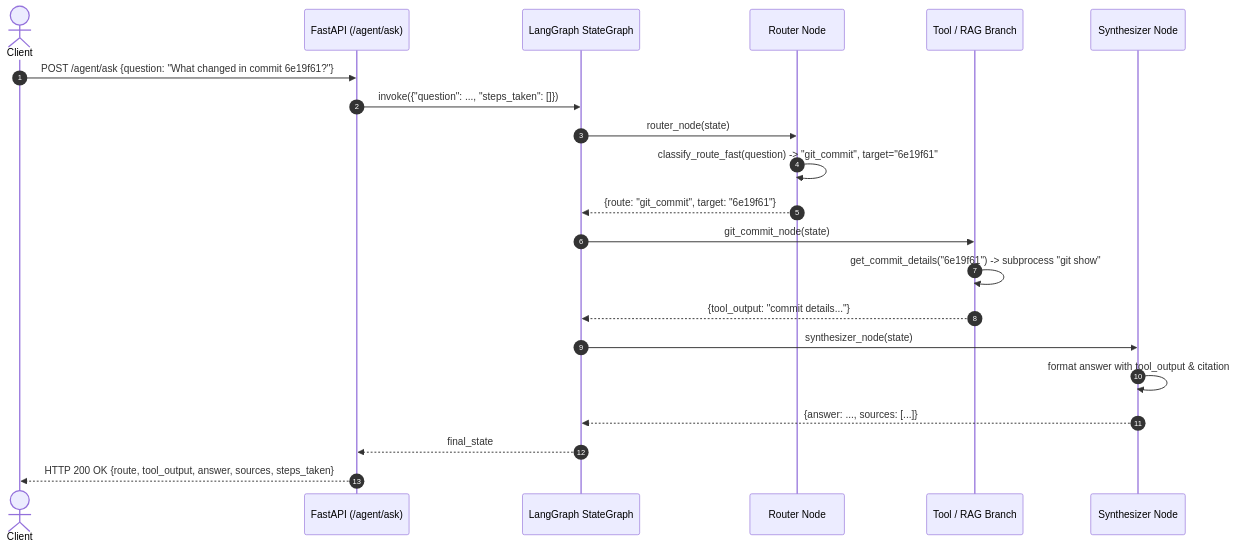
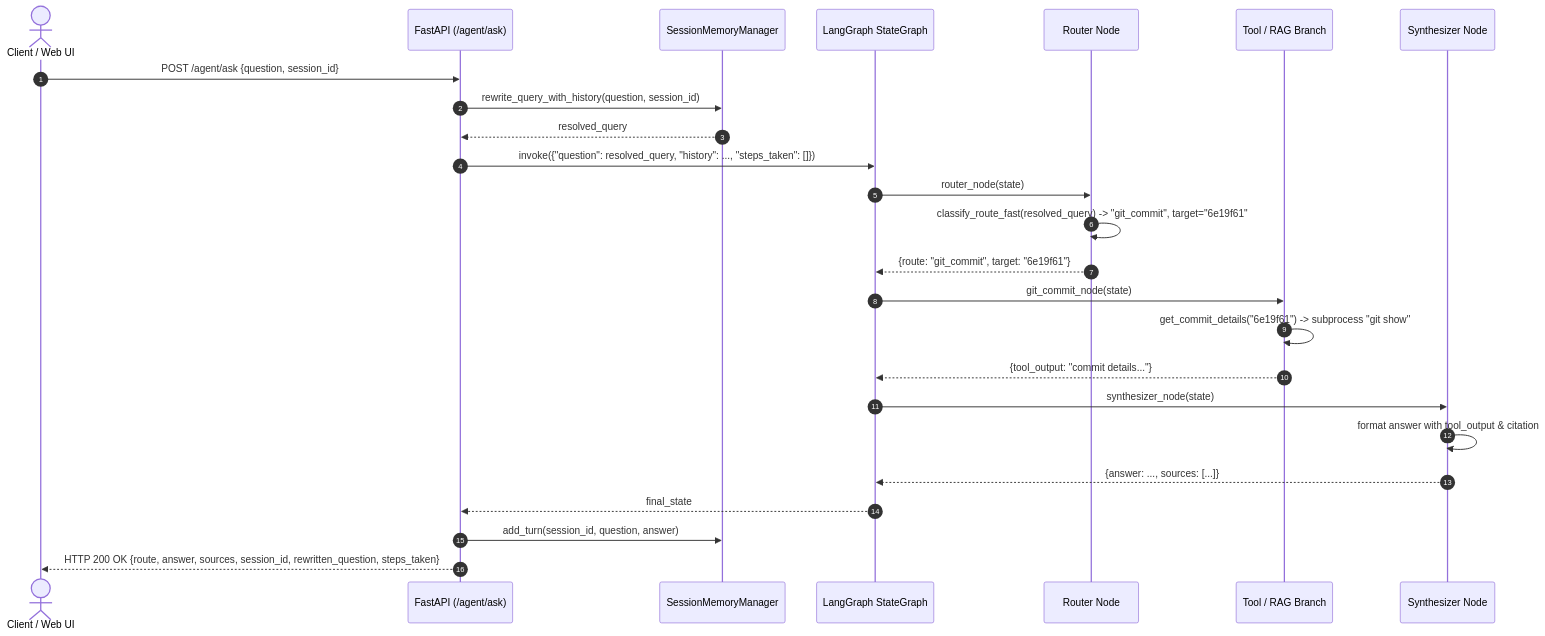
Before and after one commit to krotrn/campus-connect-ai: the sixth of 6 diagrams in docs/developer-guide/02-architecture-design-and-patterns.md, drawn with Mermaid. The commit also changed other lines of this file and 5 other files, not shown here.

````diff
--- a/docs/developer-guide/02-architecture-design-and-patterns.md
+++ b/docs/developer-guide/02-architecture-design-and-patterns.md
@@ -361,26 +464,30 @@
 ```mermaid
 sequenceDiagram
     autonumber
-    actor Client as Client
+    actor Client as Client / Web UI
     participant API as FastAPI (/agent/ask)
+    participant Mem as SessionMemoryManager
     participant Graph as LangGraph StateGraph
     participant Router as Router Node
     participant Tool as Tool / RAG Branch
     participant Synth as Synthesizer Node
 
-    Client->>API: POST /agent/ask {question: "What changed in commit 6e19f61?"}
-    API->>Graph: invoke({"question": ..., "steps_taken": []})
+    Client->>API: POST /agent/ask {question, session_id}
+    API->>Mem: rewrite_query_with_history(question, session_id)
+    Mem-->>API: resolved_query
+    API->>Graph: invoke({"question": resolved_query, "history": ..., "steps_taken": []})
     Graph->>Router: router_node(state)
-    Router->>Router: classify_route_fast(question) -> "git_commit", target="6e19f61"
+    Router->>Router: classify_route_fast(resolved_query) -> "git_commit", target="6e19f61"
     Router-->>Graph: {route: "git_commit", target: "6e19f61"}
     
     Graph->>Tool: git_commit_node(state)
     Tool->>Tool: get_commit_details("6e19f61") -> subprocess "git show"
     Tool-->>Graph: {tool_output: "commit details..."}
 
     Graph->>Synth: synthesizer_node(state)
     Synth->>Synth: format answer with tool_output & citation
     Synth-->>Graph: {answer: ..., sources: [...]}
     Graph-->>API: final_state
-    API-->>Client: HTTP 200 OK {route, tool_output, answer, sources, steps_taken}
+    API->>Mem: add_turn(session_id, question, answer)
+    API-->>Client: HTTP 200 OK {route, answer, sources, session_id, rewritten_question, steps_taken}
 ```
````
